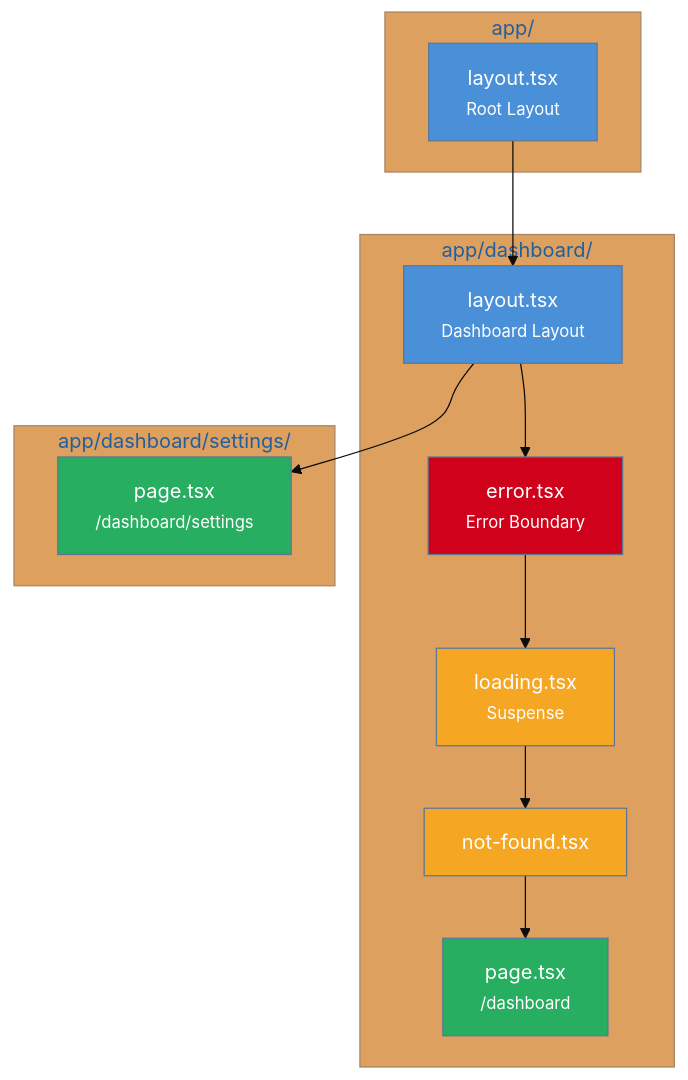
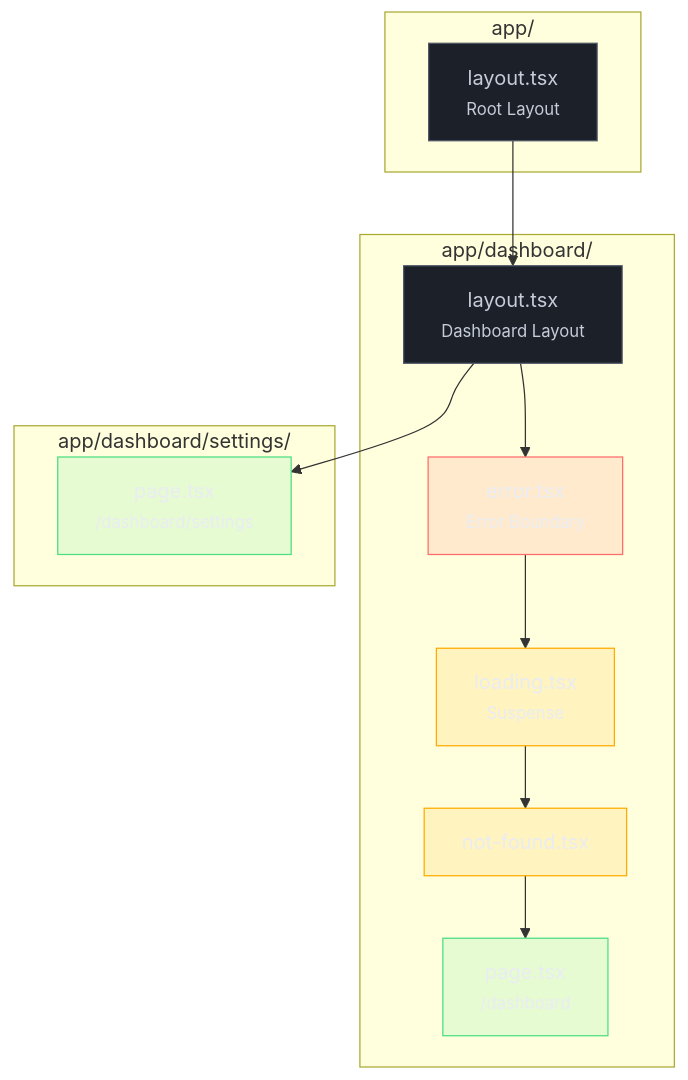
Before and after one commit to josenaldo/codex-technomanticus: the diagram in 03-Dominios/Tecnologia/React/Next.js/03 - Estrutura de rotas - layouts, pages, loading, error.md, drawn with Mermaid. The commit also changed 1181 other files, not shown here.

First line of the commit message:
fix(diagramas): paleta do sistema no lugar de cor cravada no markdown

````diff
--- a/03-Dominios/Tecnologia/React/Next.js/03 - Estrutura de rotas - layouts, pages, loading, error.md
+++ b/03-Dominios/Tecnologia/React/Next.js/03 - Estrutura de rotas - layouts, pages, loading, error.md
@@ -46,32 +46,35 @@
 ```mermaid
-%%{init: {"theme": "base", "themeVariables": {"primaryColor": "#4A90D9", "edgeLabelBackground": "#ffffff"}}}%%
 graph TD
+    classDef neutro fill:#1B2029,stroke:#4E5666,color:#C6CCD8
+    classDef falha fill:#FF6B6B24,stroke:#FF6B6B,color:#E9ECF2
+    classDef destaque fill:#FFAA0024,stroke:#FFAA00,color:#E9ECF2
+    classDef ok fill:#4ADE8021,stroke:#4ADE80,color:#E9ECF2
     subgraph app/
         RL[layout.tsx<br/><small>Root Layout</small>]
     end
     subgraph app/dashboard/
         DL[layout.tsx<br/><small>Dashboard Layout</small>]
         ERR[error.tsx<br/><small>Error Boundary</small>]
         LOAD[loading.tsx<br/><small>Suspense</small>]
         NF[not-found.tsx]
         PAGE[page.tsx<br/><small>/dashboard</small>]
     end
     subgraph app/dashboard/settings/
         SP[page.tsx<br/><small>/dashboard/settings</small>]
     end
 
     RL --> DL
     DL --> ERR
     ERR --> LOAD
     LOAD --> NF
     NF --> PAGE
     DL --> SP
 
-    style RL fill:#4A90D9,color:#fff
-    style DL fill:#4A90D9,color:#fff
-    style ERR fill:#D0021B,color:#fff
-    style LOAD fill:#F5A623,color:#fff
-    style NF fill:#F5A623,color:#fff
-    style PAGE fill:#27AE60,color:#fff
-    style SP fill:#27AE60,color:#fff
+    class RL neutro
+    class DL neutro
+    class ERR falha
+    class LOAD destaque
+    class NF destaque
+    class PAGE ok
+    class SP ok
 ```
````
